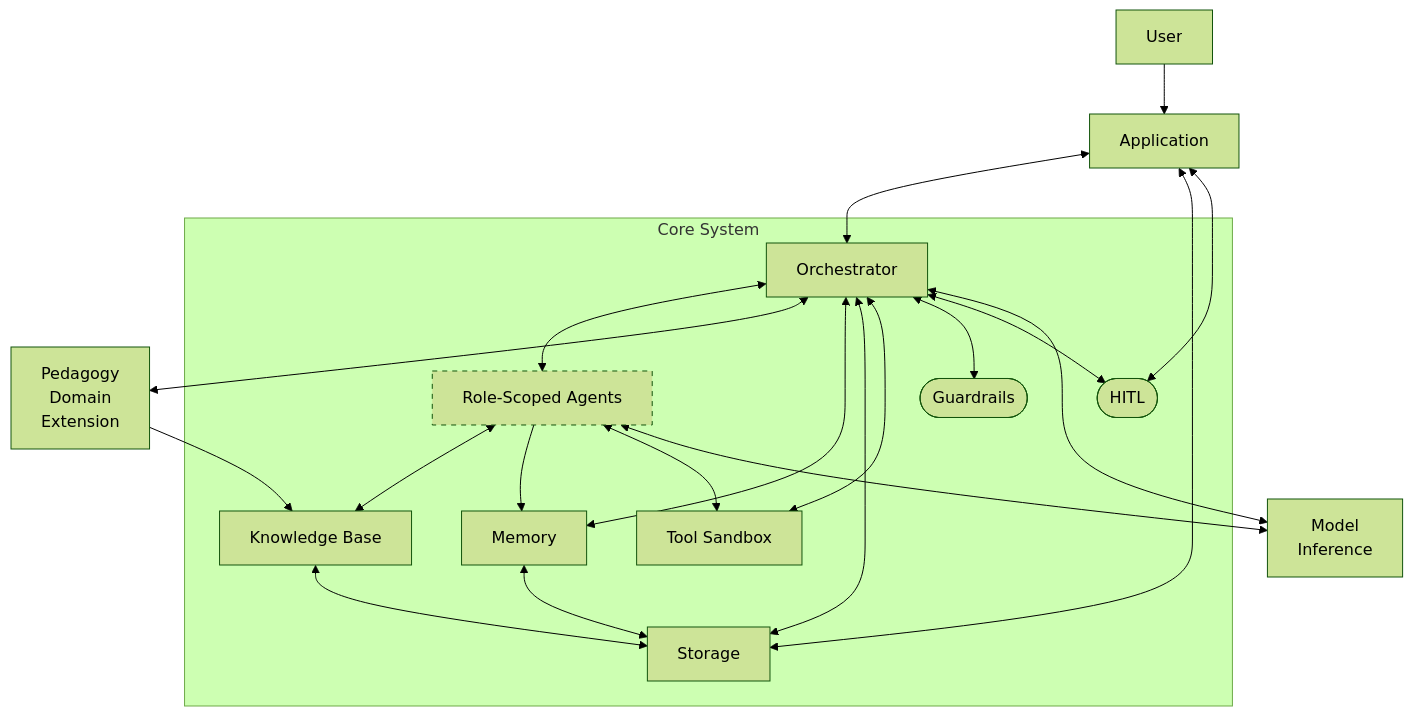
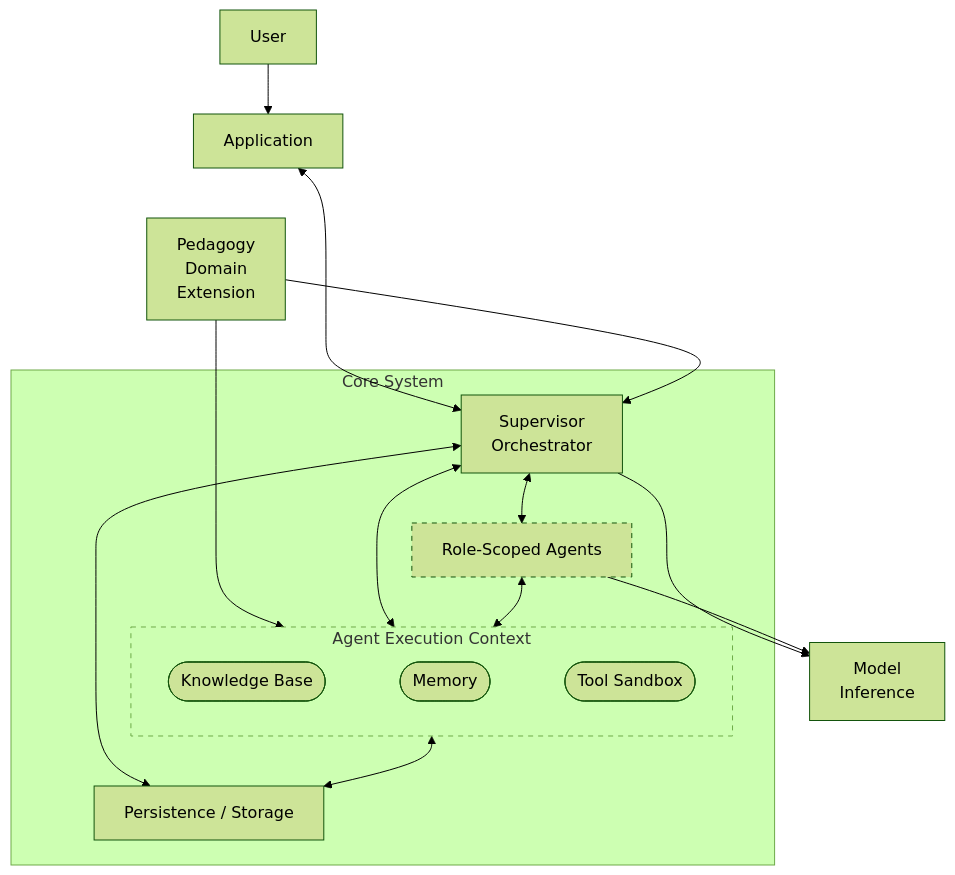
Before and after one commit to phuongbv00/alignmentgraph-isd: the diagram in .claude/skills/thesis-context/refs/3_system-design.md, drawn with Mermaid (forest theme). The commit also changed other lines of this file, not shown here.

````diff
--- a/.claude/skills/thesis-context/refs/3_system-design.md
+++ b/.claude/skills/thesis-context/refs/3_system-design.md
@@ -56,45 +56,43 @@
 ```mermaid
 flowchart TB
     T["User"]
     APP["Application"]
     EXT["Pedagogy<br/>Domain<br/>Extension"]
     MODEL["Model<br/>Inference"]
 
+    APP ~~~ EXT
+
     subgraph CORE["Core System"]
-        ORCHESTRATOR["Orchestrator"]
+        ORCHESTRATOR["Supervisor<br/>Orchestrator"]
         AGENTS["Role-Scoped Agents"]
-        KNOW["Knowledge Base"]
-        MEM["Memory"]
-        STORE["Storage"]
-        TOOL["Tool Sandbox"]
-        GUARD([Guardrails])
-        HITL([HITL])
+        subgraph EXEC_CTX["Agent Execution Context"]
+            direction LR
+            KNOW([Knowledge Base])
+            MEM([Memory])
+            TOOL([Tool Sandbox])
+            KNOW ~~~ MEM ~~~ TOOL
+        end
+        STORE["Persistence / Storage"]
     end
+
+    CORE ~~~ MODEL
 
     T --> APP
     APP <--> ORCHESTRATOR
-    APP <--> STORE
 
     ORCHESTRATOR <--> AGENTS
 
-    ORCHESTRATOR <--> EXT
-    EXT --> KNOW
-    ORCHESTRATOR <--> MEM
+    EXT --> ORCHESTRATOR
+    EXT --> EXEC_CTX
+    ORCHESTRATOR <--> EXEC_CTX
     ORCHESTRATOR <--> STORE
-    ORCHESTRATOR <--> TOOL
-    ORCHESTRATOR <--> GUARD
-    ORCHESTRATOR <--> HITL
-    ORCHESTRATOR <--> MODEL
+    ORCHESTRATOR --> MODEL
 
-    AGENTS <--> KNOW
-    AGENTS --> MEM
-    AGENTS <--> TOOL
-    AGENTS <--> MODEL
+    AGENTS <--> EXEC_CTX
+    AGENTS --> MODEL
 
-    KNOW <--> STORE
-    MEM <--> STORE
-
-    HITL <--> APP
+    EXEC_CTX <--> STORE
 
     style AGENTS stroke-dasharray: 5 5
+    style EXEC_CTX stroke-dasharray: 5 5
 ```
````
